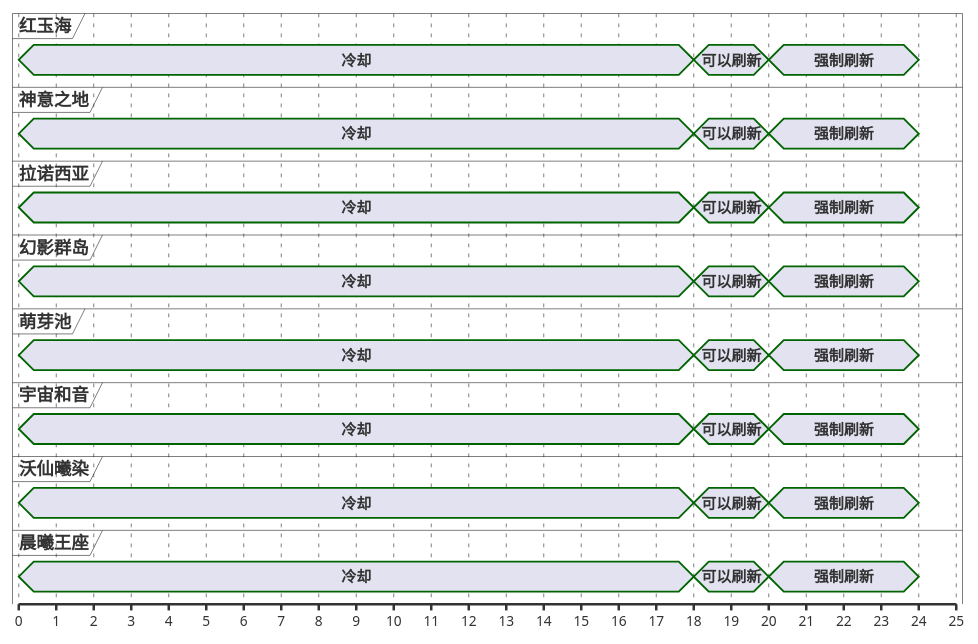
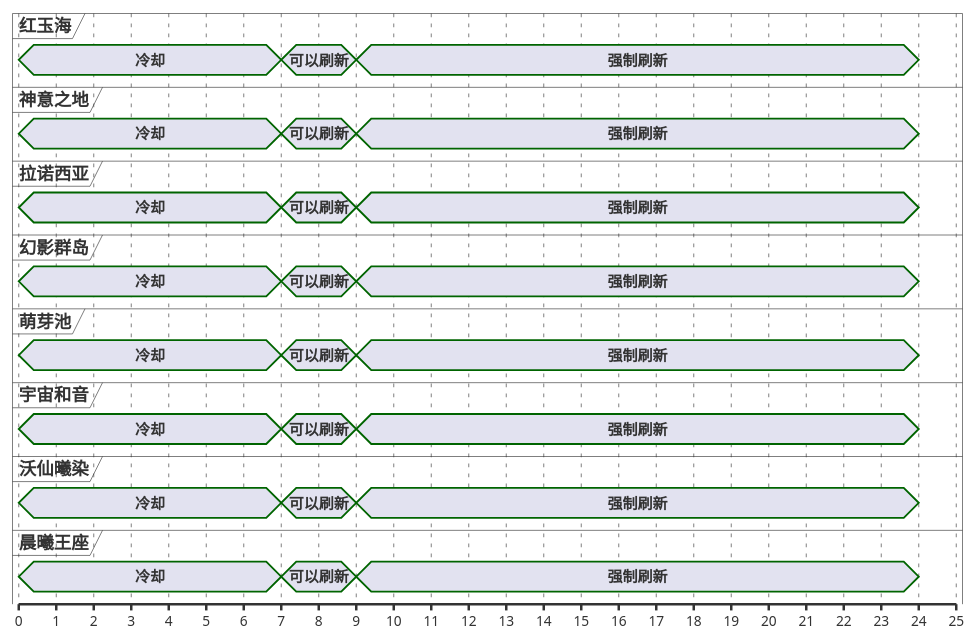
Before and after one commit to Eroleice/doc-pi: the first of 13 diagrams in ffxiv/hunt/2.0/Mindflayer.md, drawn with PlantUML. The commit also changed other lines of this file and 38 other files, not shown here.

````diff
--- a/ffxiv/hunt/2.0/Mindflayer.md
+++ b/ffxiv/hunt/2.0/Mindflayer.md
@@ -33,63 +33,63 @@
 ```plantuml
 @startuml
 scale 1 as 30 pixels
 
 concise 红玉海
 concise 神意之地
 concise 拉诺西亚
 concise 幻影群岛
 concise 萌芽池
 concise 宇宙和音
 concise 沃仙曦染
 concise 晨曦王座
 
 @晨曦王座
 0 is 冷却
-18 is 可以刷新
-20 is 强制刷新
+7 is 可以刷新
+9 is 强制刷新
 24 is {hidden}
 
 @红玉海
 0 is 冷却
-18 is 可以刷新
-20 is 强制刷新
+7 is 可以刷新
+9 is 强制刷新
 24 is {hidden}
 
 @拉诺西亚
 0 is 冷却
-18 is 可以刷新
-20 is 强制刷新
+7 is 可以刷新
+9 is 强制刷新
 24 is {hidden}
 
 @沃仙曦染
 0 is 冷却
-18 is 可以刷新
-20 is 强制刷新
+7 is 可以刷新
+9 is 强制刷新
 24 is {hidden}
 
 @萌芽池
 0 is 冷却
-18 is 可以刷新
-20 is 强制刷新
+7 is 可以刷新
+9 is 强制刷新
 24 is {hidden}
 
 @宇宙和音
 0 is 冷却
-18 is 可以刷新
-20 is 强制刷新
+7 is 可以刷新
+9 is 强制刷新
 24 is {hidden}
 
 @幻影群岛
 0 is 冷却
-18 is 可以刷新
-20 is 强制刷新
+7 is 可以刷新
+9 is 强制刷新
 24 is {hidden}
 
 @神意之地
 0 is 冷却
-18 is 可以刷新
-20 is 强制刷新
+7 is 可以刷新
+9 is 强制刷新
 24 is {hidden}
 
 @enduml
 ```
````
